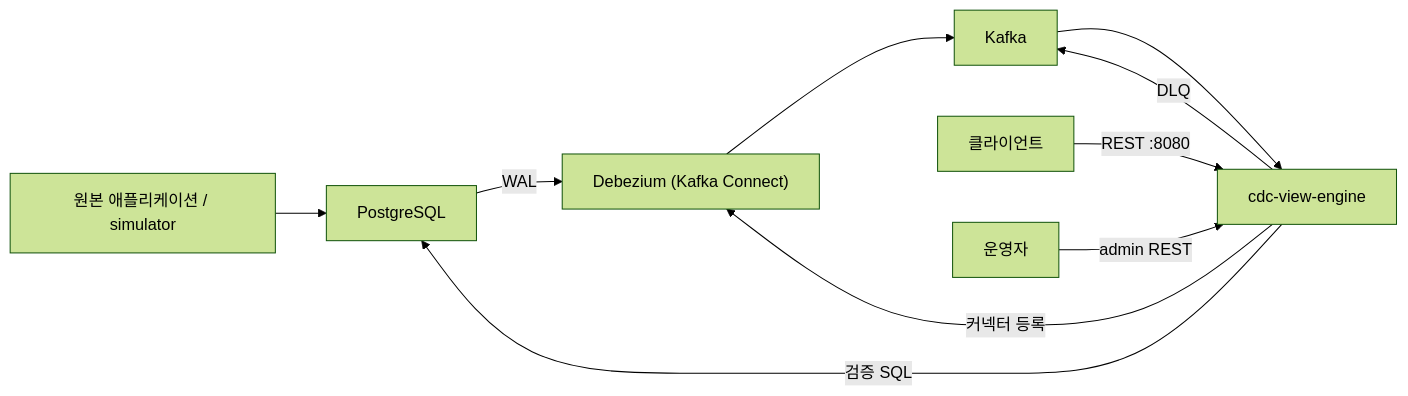
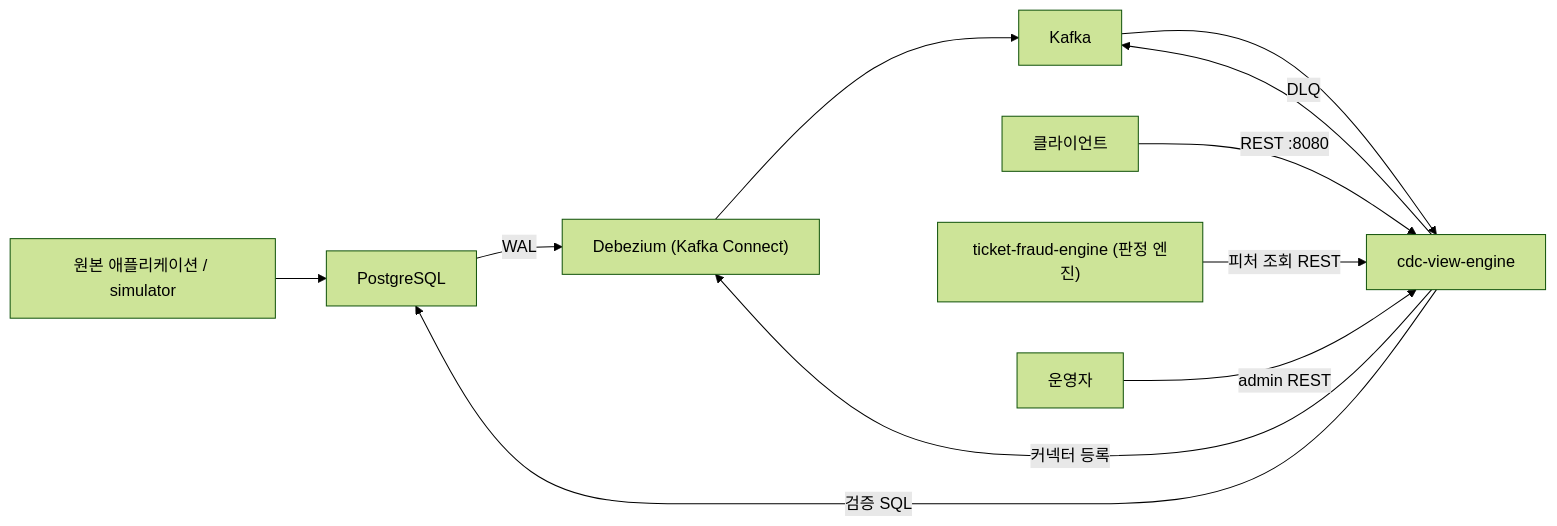
One commit to nini4746/cdc-view-engine changed the diagram in docs/SRS.md. Above: the diagram before and after it, drawn with Mermaid (forest theme). The commit also changed other lines of this file and 1 other file, not shown here.

````diff
--- a/docs/SRS.md
+++ b/docs/SRS.md
@@ -37,12 +38,13 @@
 ```mermaid
 flowchart LR
     APP["원본 애플리케이션 / simulator"] --> PG["PostgreSQL"]
     PG -->|"WAL"| DBZ["Debezium (Kafka Connect)"]
     DBZ --> K["Kafka"]
     K --> ENG["cdc-view-engine"]
     ENG -->|"커넥터 등록"| DBZ
     ENG -->|"검증 SQL"| PG
     ENG -->|"DLQ"| K
     CLI["클라이언트"] -->|"REST :8080"| ENG
+    TFE["ticket-fraud-engine (판정 엔진)"] -->|"피처 조회 REST"| ENG
     OPS["운영자"] -->|"admin REST"| ENG
 ```
````
